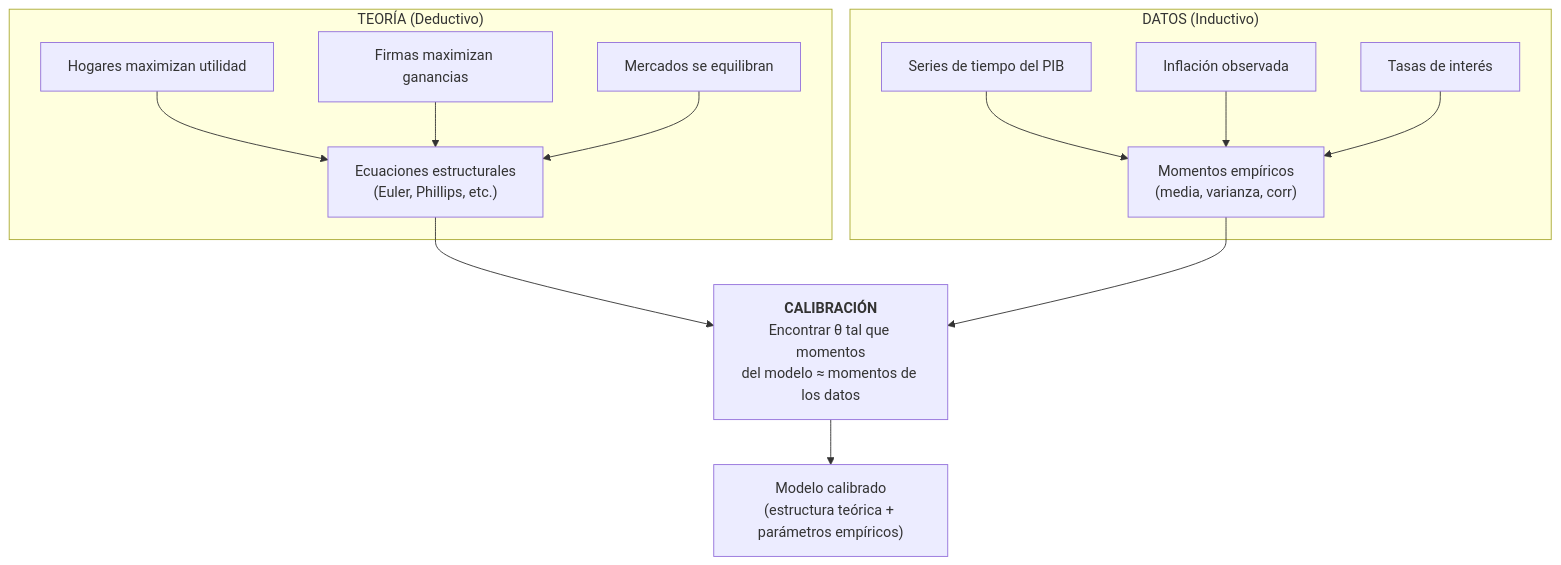
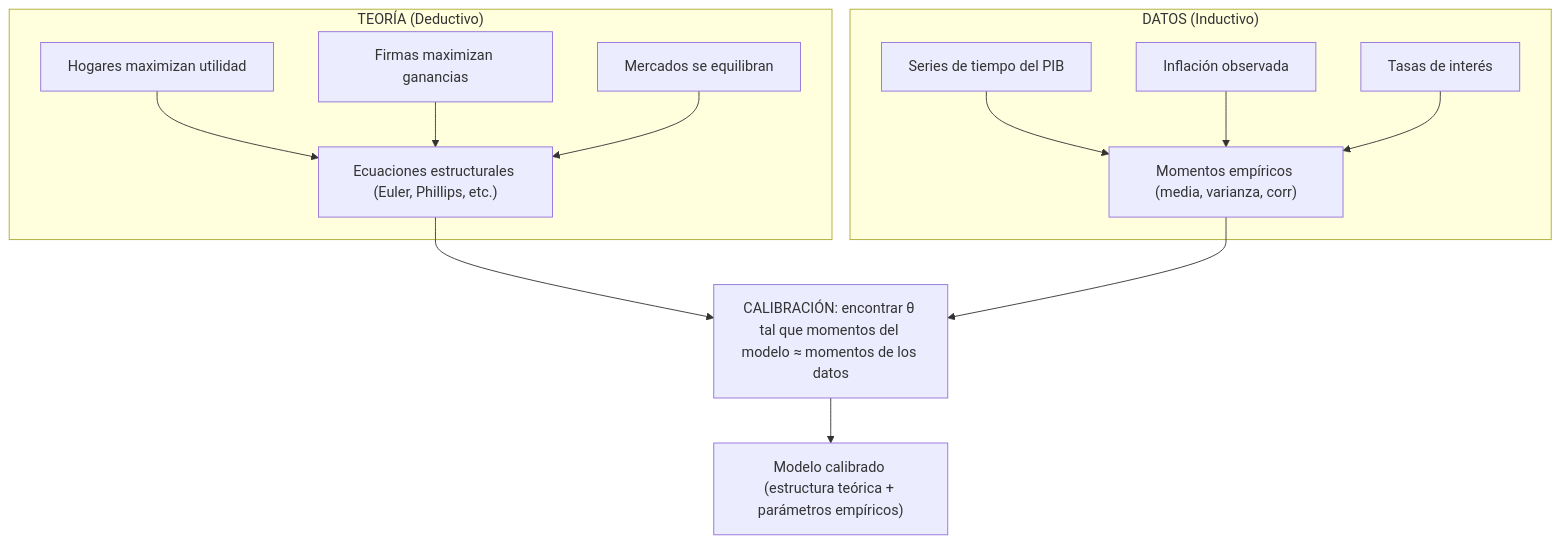
Before and after one commit to KarolCisneros/ia_p26: the fourth of 5 diagrams in clase/08_prediccion/02_fuente_del_conocimiento.md, drawn with Mermaid. The commit also changed other lines of this file and 16 other files, not shown here.

````diff
--- a/clase/08_prediccion/02_fuente_del_conocimiento.md
+++ b/clase/08_prediccion/02_fuente_del_conocimiento.md
@@ -145,24 +147,24 @@
 ```mermaid
 flowchart TD
     subgraph TEORIA ["TEORÍA (Deductivo)"]
         T1["Hogares maximizan utilidad"]
         T2["Firmas maximizan ganancias"]
         T3["Mercados se equilibran"]
-        T1 --> EC["Ecuaciones estructurales<br/>(Euler, Phillips, etc.)"]
+        T1 --> EC["Ecuaciones estructurales (Euler, Phillips, etc.)"]
         T2 --> EC
         T3 --> EC
     end
 
     subgraph DATOS ["DATOS (Inductivo)"]
         D1["Series de tiempo del PIB"]
         D2["Inflación observada"]
         D3["Tasas de interés"]
-        D1 --> MOM["Momentos empíricos<br/>(media, varianza, corr)"]
+        D1 --> MOM["Momentos empíricos (media, varianza, corr)"]
         D2 --> MOM
         D3 --> MOM
     end
 
-    EC --> CAL["<b>CALIBRACIÓN</b><br/>Encontrar θ tal que momentos<br/>del modelo ≈ momentos de los datos"]
+    EC --> CAL["CALIBRACIÓN: encontrar θ tal que momentos del modelo ≈ momentos de los datos"]
     MOM --> CAL
-    CAL --> RESULT["Modelo calibrado<br/>(estructura teórica + parámetros empíricos)"]
+    CAL --> RESULT["Modelo calibrado (estructura teórica + parámetros empíricos)"]
 ```
````
